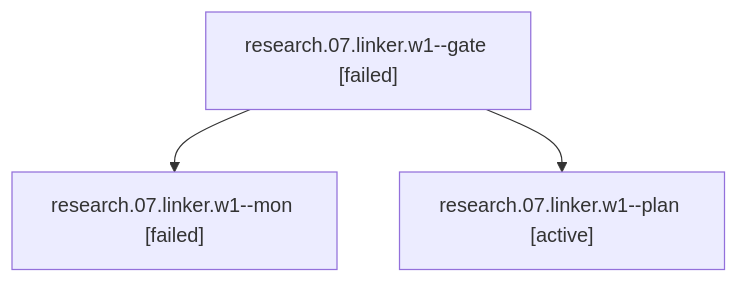
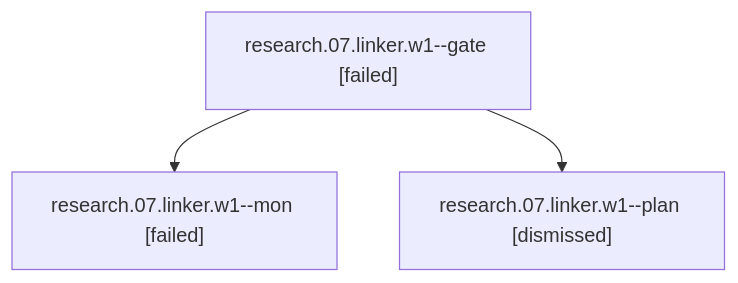
The diagram in sessions/bbugyi200.apollo.research.07.linker.w1.md (bobs-org/bob-cli--agents), drawn with Mermaid before and after one commit. The commit also changed other lines of this file and 992 other files, not shown here.

````diff
--- a/sessions/bbugyi200.apollo.research.07.linker.w1.md
+++ b/sessions/bbugyi200.apollo.research.07.linker.w1.md
@@ -9,8 +9,8 @@
 ```mermaid
 flowchart TD
   n0["research.07.linker.w1--gate [failed]"]
   n1["research.07.linker.w1--mon [failed]"]
   n0 --> n1
-  n2["research.07.linker.w1--plan [active]"]
+  n2["research.07.linker.w1--plan [dismissed]"]
   n0 --> n2
 ```
````
